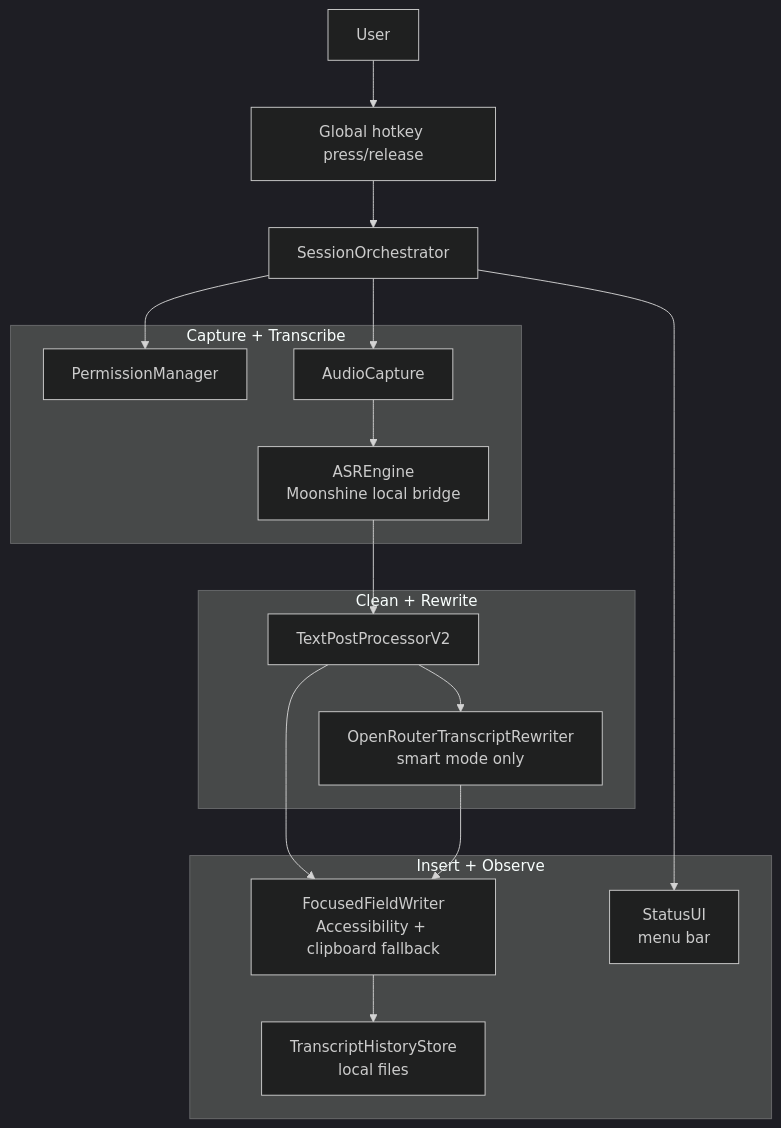
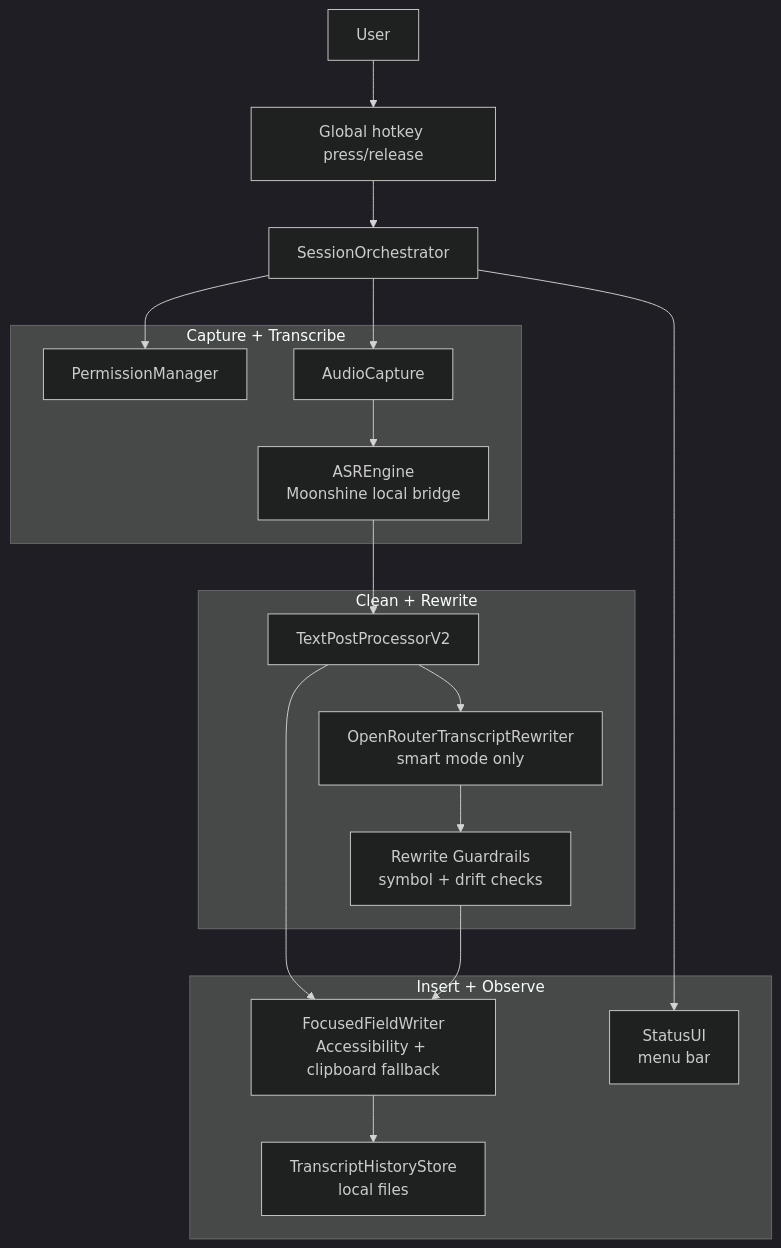
Before and after one commit to acrucetta/murmur: the third of 3 diagrams in README.md, drawn with Mermaid (dark theme). The commit also changed other lines of this file and 11 other files, not shown here.

````diff
--- a/README.md
+++ b/README.md
@@ -251,32 +250,34 @@
 ```mermaid
 flowchart TD
   User[User] --> Hotkey[Global hotkey press/release]
   Hotkey --> Orch[SessionOrchestrator]
 
   subgraph Capture["Capture + Transcribe"]
     Perm[PermissionManager]
     Audio[AudioCapture]
     ASR[ASREngine<br/>Moonshine local bridge]
   end
 
   subgraph Transform["Clean + Rewrite"]
     Clean[TextPostProcessorV2]
     Rewrite[OpenRouterTranscriptRewriter<br/>smart mode only]
+    Guardrails[Rewrite Guardrails<br/>symbol + drift checks]
   end
 
   subgraph Output["Insert + Observe"]
     Writer[FocusedFieldWriter<br/>Accessibility + clipboard fallback]
     History[TranscriptHistoryStore<br/>local files]
     UI[StatusUI<br/>menu bar]
   end
 
   Orch --> Perm
   Orch --> Audio
   Audio --> ASR
   ASR --> Clean
   Clean --> Rewrite
+  Rewrite --> Guardrails
   Clean --> Writer
-  Rewrite --> Writer
+  Guardrails --> Writer
   Writer --> History
   Orch --> UI
 ```
````
